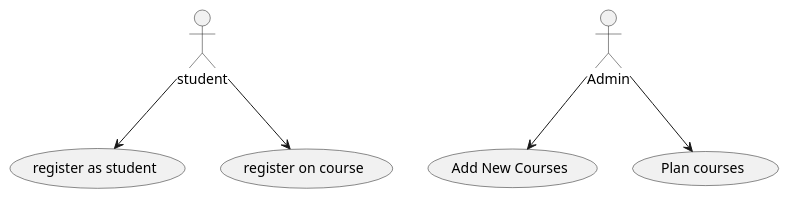
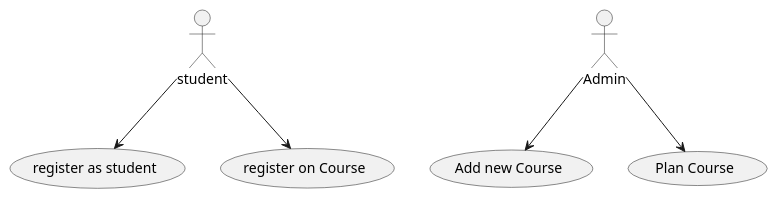
Before and after one commit to bigjim71/jpa-case: the diagram in src/uml/usecases.puml, drawn with PlantUML. The commit also changed 2 other files, not shown here.

Commit message:
Improved integration test with 'course should be available after planning'

```diff
--- a/src/uml/usecases.puml
+++ b/src/uml/usecases.puml
@@ -1,11 +1,11 @@
-@startuml usecase_itertaion1.png
+@startuml
 
 
 student --> (register as student)
-student --> (register on course)
-Admin --> (Add New Courses)
-Admin --> (Plan courses)
+student --> (register on Course)
+Admin --> (Add new Course)
+Admin --> (Plan Course)
 
 
 
 @enduml
```
